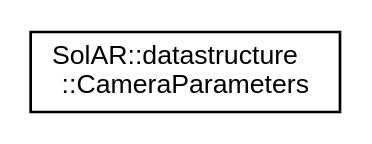
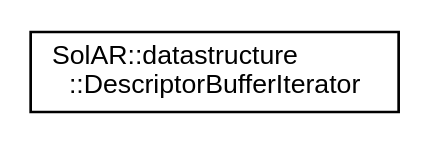
Before and after one commit to SolarFramework/solarframework.github.io: the diagram in api_documentation/inherit_graph_9.dot, drawn with Graphviz. The commit also changed 84 other files, not shown here.

```diff
--- a/api_documentation/inherit_graph_9.dot
+++ b/api_documentation/inherit_graph_9.dot
@@ -1,7 +1,7 @@
 digraph "Graphical Class Hierarchy"
 {
   edge [fontname="Helvetica",fontsize="10",labelfontname="Helvetica",labelfontsize="10"];
   node [fontname="Helvetica",fontsize="10",shape=record];
   rankdir="LR";
-  Node0 [label="SolAR::datastructure\l::CameraParameters",height=0.2,width=0.4,color="black", fillcolor="white", style="filled",URL="$struct_sol_a_r_1_1datastructure_1_1_camera_parameters.html"];
+  Node0 [label="SolAR::datastructure\l::DescriptorBufferIterator",height=0.2,width=0.4,color="black", fillcolor="white", style="filled",URL="$class_sol_a_r_1_1datastructure_1_1_descriptor_buffer_iterator.html"];
 }
```
